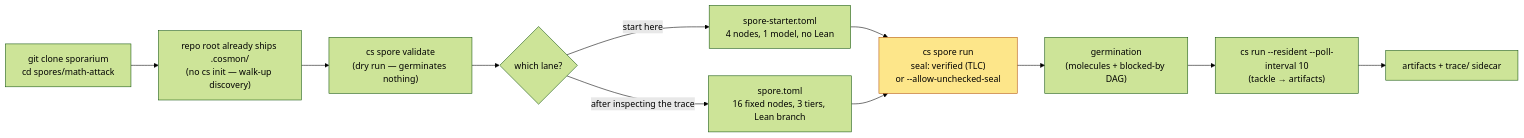
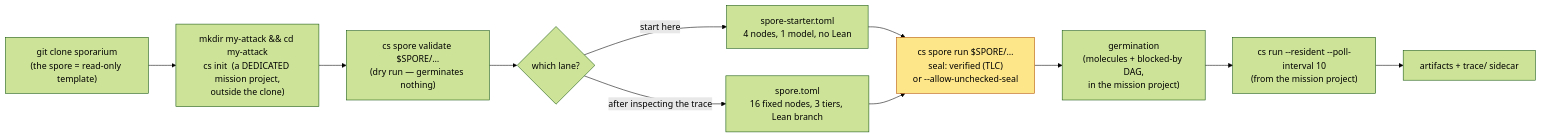
The first of 3 diagrams in spores/math-attack/README.md (noogram/sporarium), drawn with Mermaid (forest theme) before and after one commit. The commit also changed other lines of this file, not shown here.

````diff
--- a/spores/math-attack/README.md
+++ b/spores/math-attack/README.md
@@ -94,16 +94,16 @@
 ```mermaid
 flowchart LR
-    clone["git clone sporarium<br/>cd spores/math-attack"] --> init["repo root already ships .cosmon/<br/>(no cs init — walk-up discovery)"]
-    init --> validate["cs spore validate<br/>(dry run — germinates nothing)"]
+    clone["git clone sporarium<br/>(the spore = read-only template)"] --> init["mkdir my-attack &amp;&amp; cd my-attack<br/>cs init  (a DEDICATED mission project,<br/>outside the clone)"]
+    init --> validate["cs spore validate $SPORE/…<br/>(dry run — germinates nothing)"]
     validate --> lane{"which lane?"}
     lane -->|"start here"| starter["spore-starter.toml<br/>4 nodes, 1 model, no Lean"]
     lane -->|"after inspecting the trace"| full["spore.toml<br/>16 fixed nodes, 3 tiers, Lean branch"]
-    starter --> run["cs spore run<br/>seal: verified (TLC)<br/>or --allow-unchecked-seal"]
+    starter --> run["cs spore run $SPORE/…<br/>seal: verified (TLC)<br/>or --allow-unchecked-seal"]
     full --> run
-    run --> germ["germination<br/>(molecules + blocked-by DAG)"]
-    germ --> drive["cs run --resident --poll-interval 10<br/>(tackle → artifacts)"]
+    run --> germ["germination<br/>(molecules + blocked-by DAG,<br/>in the mission project)"]
+    germ --> drive["cs run --resident --poll-interval 10<br/>(from the mission project)"]
     drive --> artifacts["artifacts + trace/ sidecar"]
 
     classDef gate fill:#fde68a,stroke:#b45309,color:#000;
     class run gate
 ```
````
